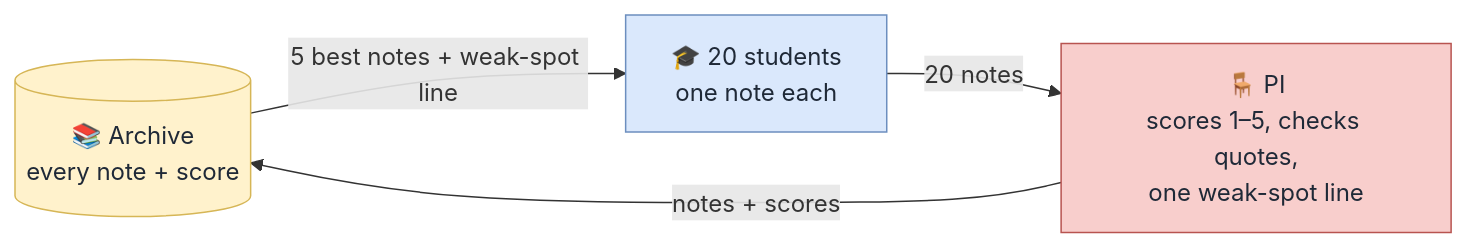
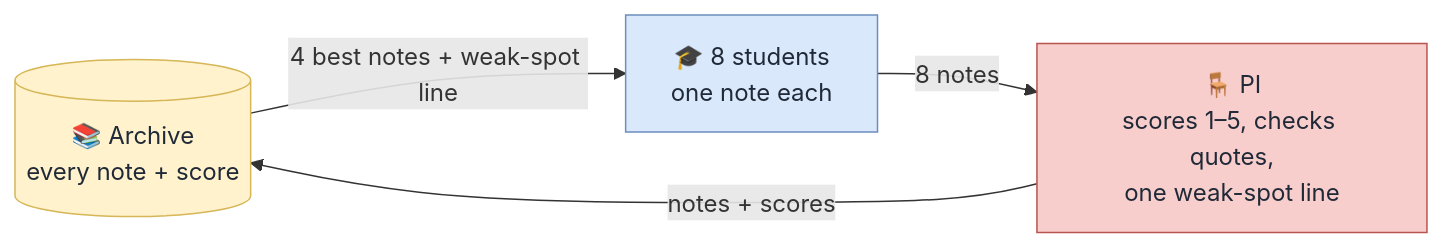
One commit to jackysiupuichung/temp changed the diagram in research/review/organisation_diagram.md. Above: the diagram before and after it, drawn with Mermaid. The commit also changed other lines of this file and 2 other files, not shown here.

Commit message:
Scale the loop to 8 students; add hypothesis-generation notes

````diff
--- a/research/review/organisation_diagram.md
+++ b/research/review/organisation_diagram.md
@@ -20,20 +20,20 @@
 ```mermaid
 flowchart LR
     accTitle: One round of the loop
-    accDescr: Students read the five best notes and the PI's weak-spot line from the archive, each writes one note, the PI scores them, and everything is appended to the archive. The archive feeds the next round.
+    accDescr: Students read the four best notes and the PI's weak-spot line from the archive, each writes one note, the PI scores them, and everything is appended to the archive. The archive feeds the next round.
 
     archive[("📚 Archive<br/>every note + score")]
-    students["🎓 20 students<br/>one note each"]
+    students["🎓 8 students<br/>one note each"]
     pi["🪑 PI<br/>scores 1–5, checks quotes,<br/>one weak-spot line"]
 
-    archive -- "5 best notes + weak-spot line" --> students
-    students -- "20 notes" --> pi
+    archive -- "4 best notes + weak-spot line" --> students
+    students -- "8 notes" --> pi
     pi -- "notes + scores" --> archive
 
     classDef store fill:#fff2cc,stroke:#d6b656,color:#1f2937
     classDef agents fill:#dae8fc,stroke:#6c8ebf,color:#1f2937
     classDef chair fill:#f8cecc,stroke:#b85450,color:#1f2937
     class archive store
     class students agents
     class pi chair
 ```
````
